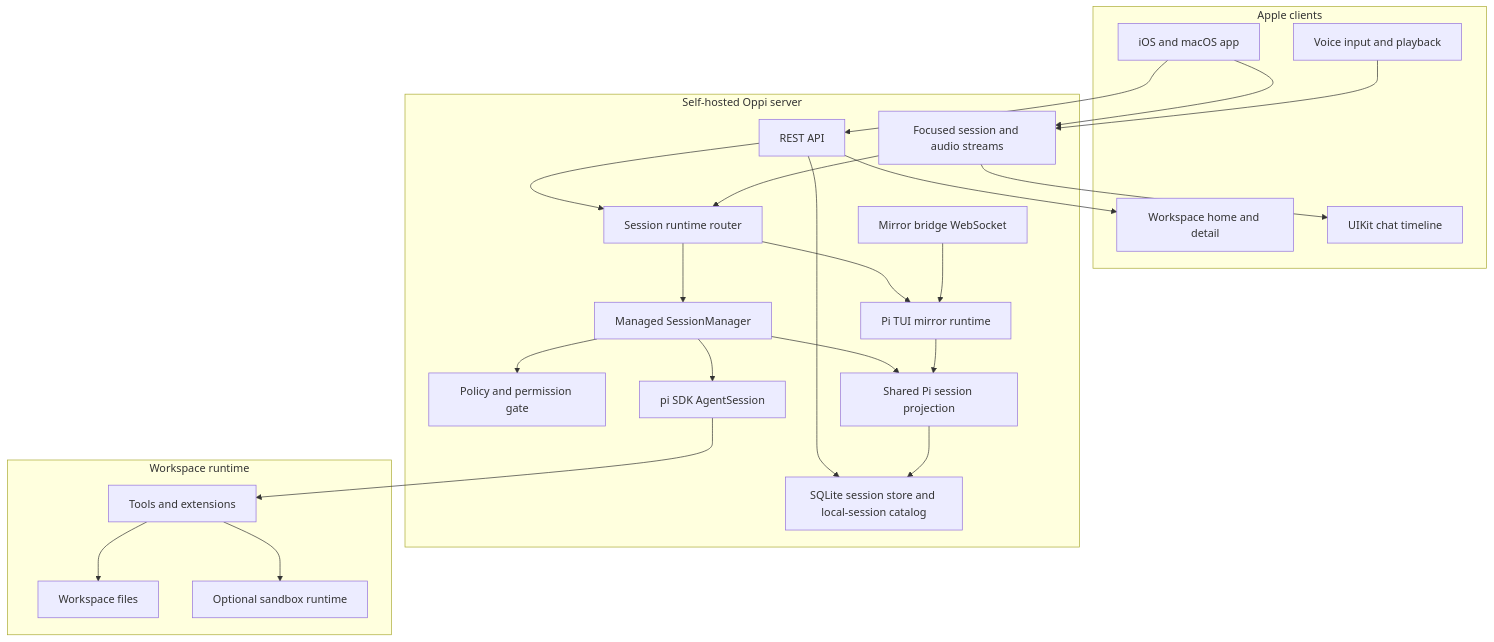
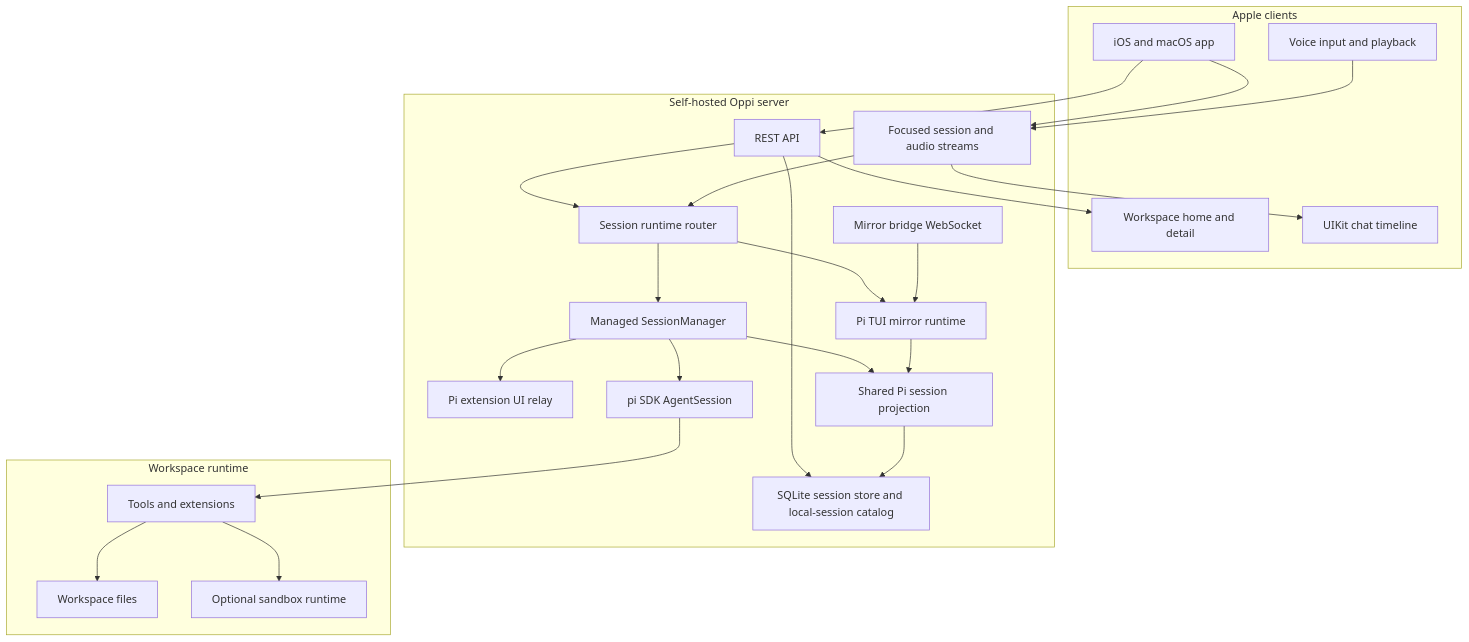
One commit to duh17/oppi changed the first of 7 diagrams in docs/architecture.md. Above: the diagram before and after it, drawn with Mermaid. The commit also changed other lines of this file and 100 other files, not shown here.

Commit message:
refactor: remove server permission policy stack

````diff
--- a/docs/architecture.md
+++ b/docs/architecture.md
@@ -13,48 +13,48 @@
 ```mermaid
 graph TD
   subgraph Apple[Apple clients]
     App[iOS and macOS app]
     WorkspaceUI[Workspace home and detail]
     Timeline[UIKit chat timeline]
     Voice[Voice input and playback]
   end
 
   subgraph Server[Self-hosted Oppi server]
     HTTP[REST API]
     Streams[Focused session and audio streams]
     Router[Session runtime router]
     Sessions[Managed SessionManager]
     Mirror[Pi TUI mirror runtime]
     Bridge[Mirror bridge WebSocket]
-    Policy[Policy and permission gate]
+    ExtensionUI[Pi extension UI relay]
     Storage[SQLite session store and local-session catalog]
     Project[Shared Pi session projection]
     Pi[pi SDK AgentSession]
   end
 
   subgraph Workspace[Workspace runtime]
     Files[Workspace files]
     Tools[Tools and extensions]
     Sandbox[Optional sandbox runtime]
   end
 
   App --> HTTP
   App --> Streams
   HTTP --> Router
   HTTP --> Storage
   Streams --> Router
   Router --> Sessions
   Router --> Mirror
   Bridge --> Mirror
-  Sessions --> Policy
+  Sessions --> ExtensionUI
   Sessions --> Pi
   Sessions --> Project
   Mirror --> Project
   Pi --> Tools
   Tools --> Files
   Project --> Storage
   Tools --> Sandbox
   HTTP --> WorkspaceUI
   Streams --> Timeline
   Voice --> Streams
 ```
````
